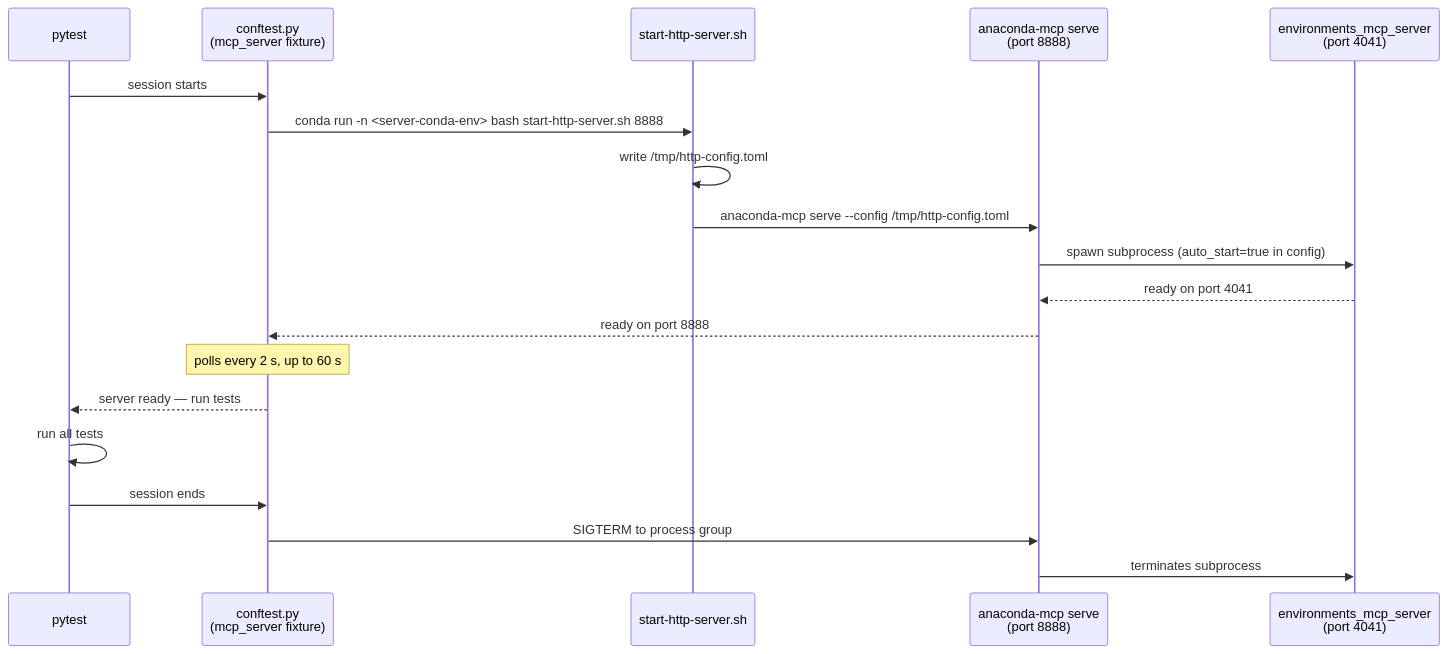
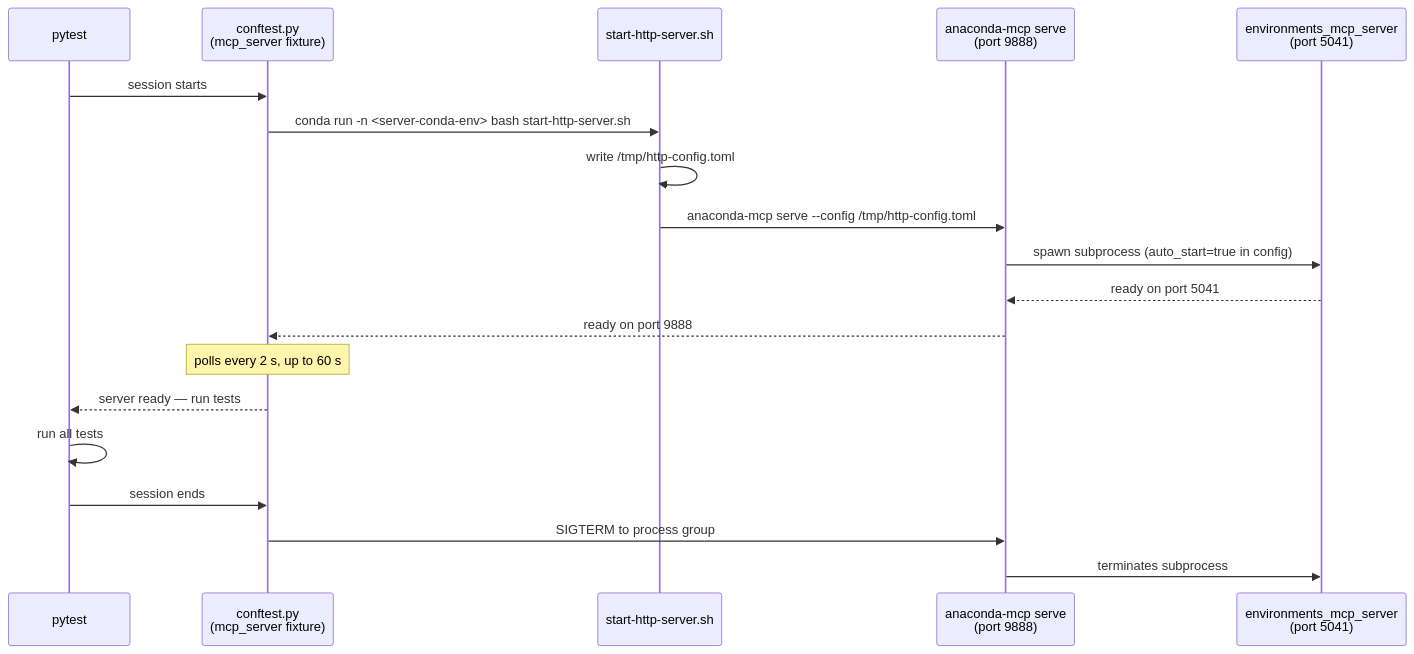
One commit to anaconda/anaconda-mcp changed the diagram in tests/qa/http_tools/README.md. Above: the diagram before and after it, drawn with Mermaid. The commit also changed other lines of this file, not shown here.

Commit message:
adjusted readme

````diff
--- a/tests/qa/http_tools/README.md
+++ b/tests/qa/http_tools/README.md
@@ -150,22 +150,22 @@
 ```mermaid
 sequenceDiagram
     participant pytest
     participant conftest as conftest.py<br/>(mcp_server fixture)
     participant script as start-http-server.sh
-    participant proxy as anaconda-mcp serve<br/>(port 8888)
-    participant backend as environments_mcp_server<br/>(port 4041)
+    participant proxy as anaconda-mcp serve<br/>(port 9888)
+    participant backend as environments_mcp_server<br/>(port 5041)
 
     pytest->>conftest: session starts
-    conftest->>script: conda run -n <server-conda-env> bash start-http-server.sh 8888
+    conftest->>script: conda run -n <server-conda-env> bash start-http-server.sh
     script->>script: write /tmp/http-config.toml
     script->>proxy: anaconda-mcp serve --config /tmp/http-config.toml
     proxy->>backend: spawn subprocess (auto_start=true in config)
-    backend-->>proxy: ready on port 4041
-    proxy-->>conftest: ready on port 8888
+    backend-->>proxy: ready on port 5041
+    proxy-->>conftest: ready on port 9888
     note over conftest: polls every 2 s, up to 60 s
     conftest-->>pytest: server ready — run tests
     pytest->>pytest: run all tests
     pytest->>conftest: session ends
     conftest->>proxy: SIGTERM to process group
     proxy->>backend: terminates subprocess
 ```
````
